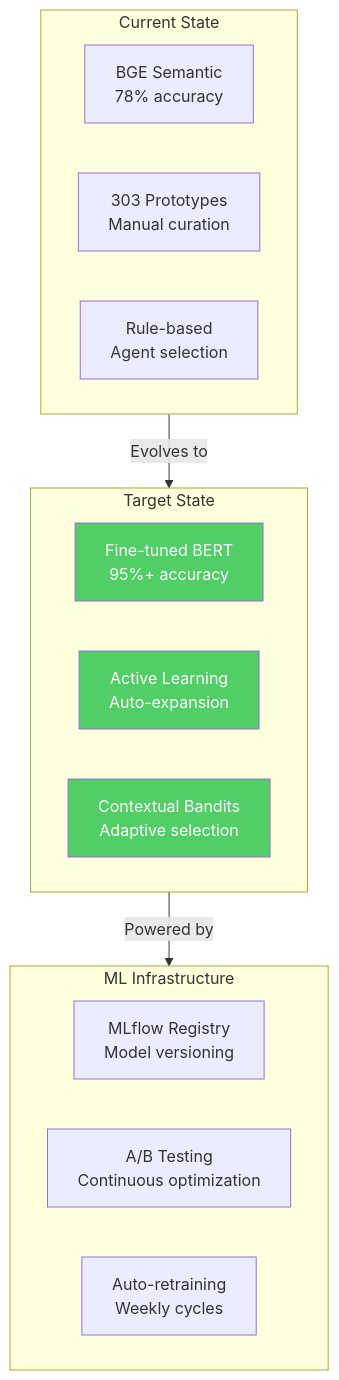
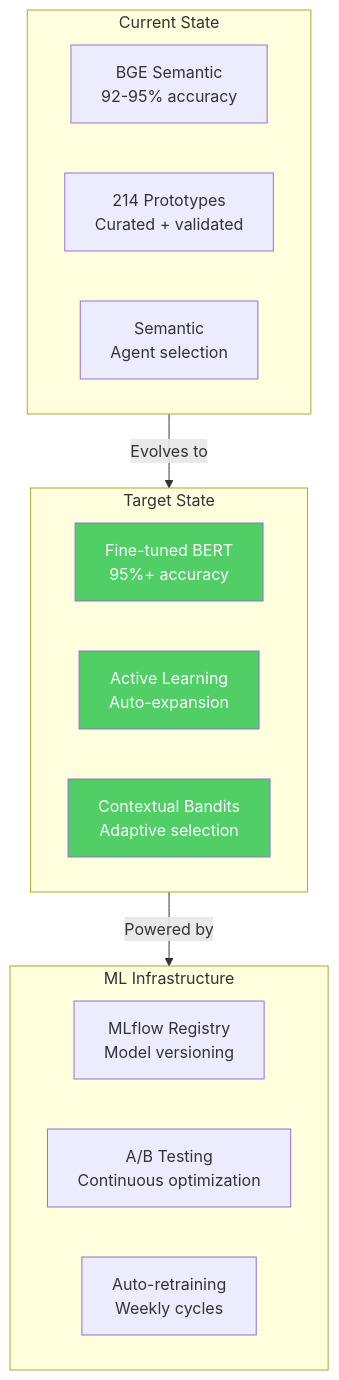
Before and after one commit to asq-sheriff/SHOWCASE_REPO-Therapeutic_AI_Companion: the fourth of 11 diagrams in docs/TECHNICAL_ROADMAP.md, drawn with Mermaid. The commit also changed other lines of this file and 7 other files, not shown here.

First line of the commit message:
docs: Sync all documentation with current state and accelerated roadmap

````diff
--- a/docs/TECHNICAL_ROADMAP.md
+++ b/docs/TECHNICAL_ROADMAP.md
@@ -189,27 +221,27 @@
 ```mermaid
 flowchart TD
     subgraph Current["Current State"]
-        C1["BGE Semantic<br/>78% accuracy"]
-        C2["303 Prototypes<br/>Manual curation"]
-        C3["Rule-based<br/>Agent selection"]
+        C1["BGE Semantic<br/>92-95% accuracy"]
+        C2["214 Prototypes<br/>Curated + validated"]
+        C3["Semantic<br/>Agent selection"]
     end
 
     subgraph Target["Target State"]
         T1["Fine-tuned BERT<br/>95%+ accuracy"]
         T2["Active Learning<br/>Auto-expansion"]
         T3["Contextual Bandits<br/>Adaptive selection"]
     end
 
     subgraph Infrastructure["ML Infrastructure"]
         I1["MLflow Registry<br/>Model versioning"]
         I2["A/B Testing<br/>Continuous optimization"]
         I3["Auto-retraining<br/>Weekly cycles"]
     end
 
     Current -->|"Evolves to"| Target
     Target -->|"Powered by"| Infrastructure
 
     style T1 fill:#51cf66,color:#fff
     style T2 fill:#51cf66,color:#fff
     style T3 fill:#51cf66,color:#fff
 ```
````
